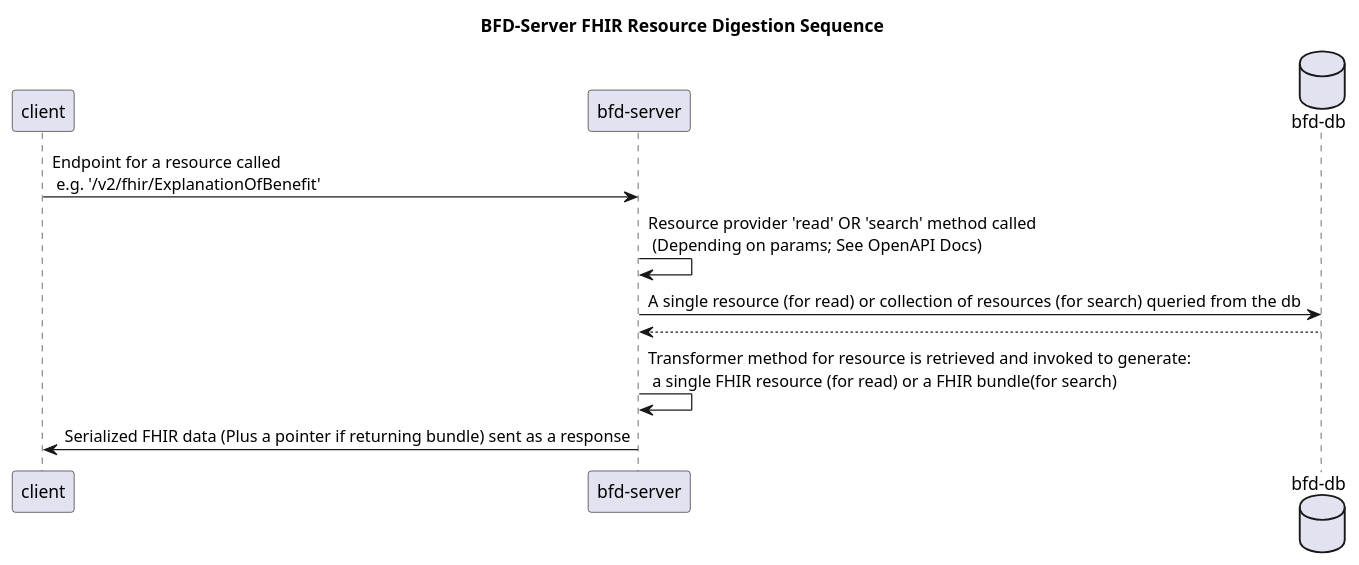
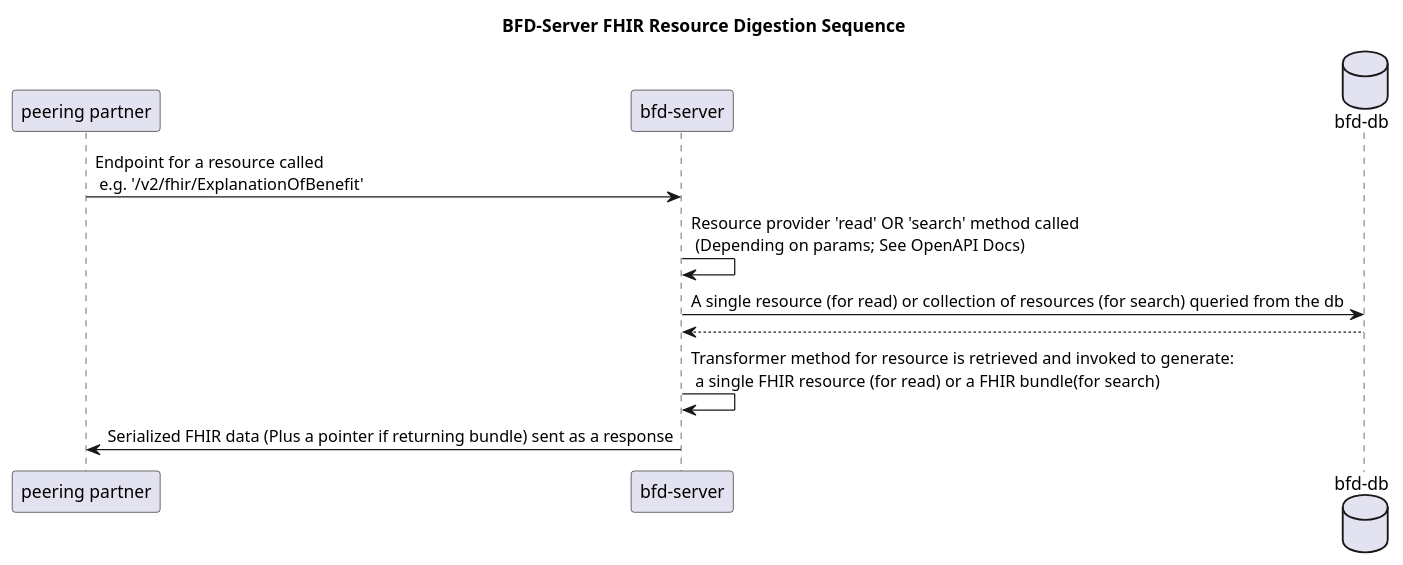
One commit to CMSgov/beneficiary-fhir-data changed the diagram in docs/assets/fhir-resource-ingestion-digestion-diagrams/bfd-resource-digestion.plantuml. Above: the diagram before and after it, drawn with PlantUML. The commit also changed 3 other files, not shown here.

```diff
--- a/docs/assets/fhir-resource-ingestion-digestion-diagrams/bfd-resource-digestion.plantuml
+++ b/docs/assets/fhir-resource-ingestion-digestion-diagrams/bfd-resource-digestion.plantuml
@@ -1,12 +1,12 @@
 @startuml
 title BFD-Server FHIR Resource Digestion Sequence
-participant client
+participant "peering partner"
 participant "bfd-server"
 database "bfd-db"
-client -> "bfd-server": Endpoint for a resource called \n e.g. '/v2/fhir/ExplanationOfBenefit' 
+"peering partner" -> "bfd-server": Endpoint for a resource called \n e.g. '/v2/fhir/ExplanationOfBenefit' 
 "bfd-server" -> "bfd-server": Resource provider 'read' OR 'search' method called \n (Depending on params; See OpenAPI Docs)
 "bfd-server" -> "bfd-db": A single resource (for read) or collection of resources (for search) queried from the db
 "bfd-db" --> "bfd-server"
 "bfd-server" -> "bfd-server": Transformer method for resource is retrieved and invoked to generate: \n a single FHIR resource (for read) or a FHIR bundle(for search)
-"bfd-server" -> client: Serialized FHIR data (Plus a pointer if returning bundle) sent as a response
+"bfd-server" -> "peering partner": Serialized FHIR data (Plus a pointer if returning bundle) sent as a response
 @enduml
```
